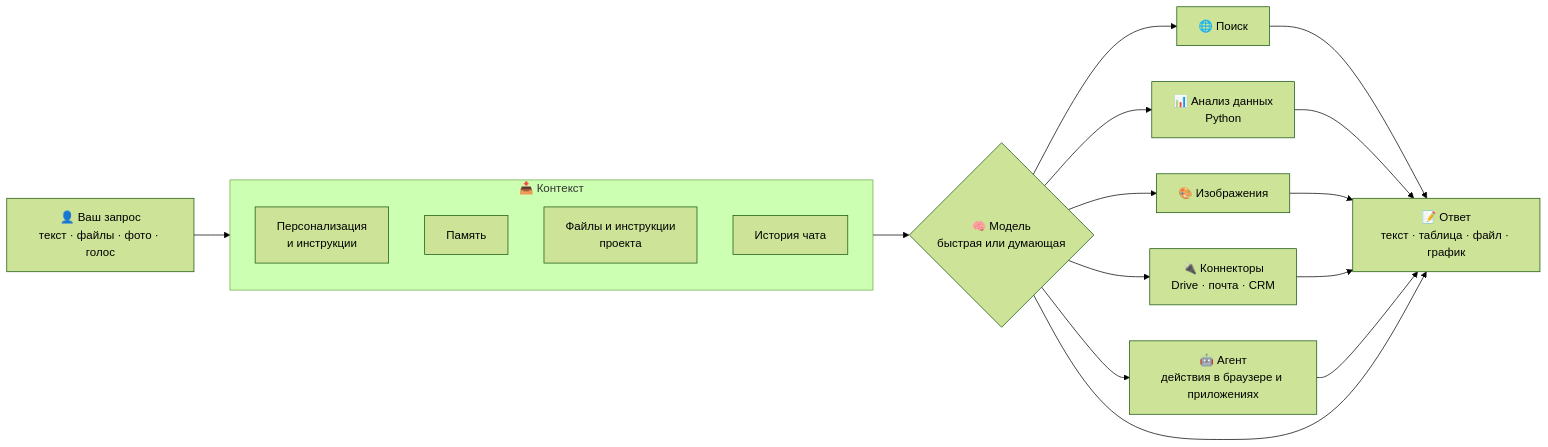
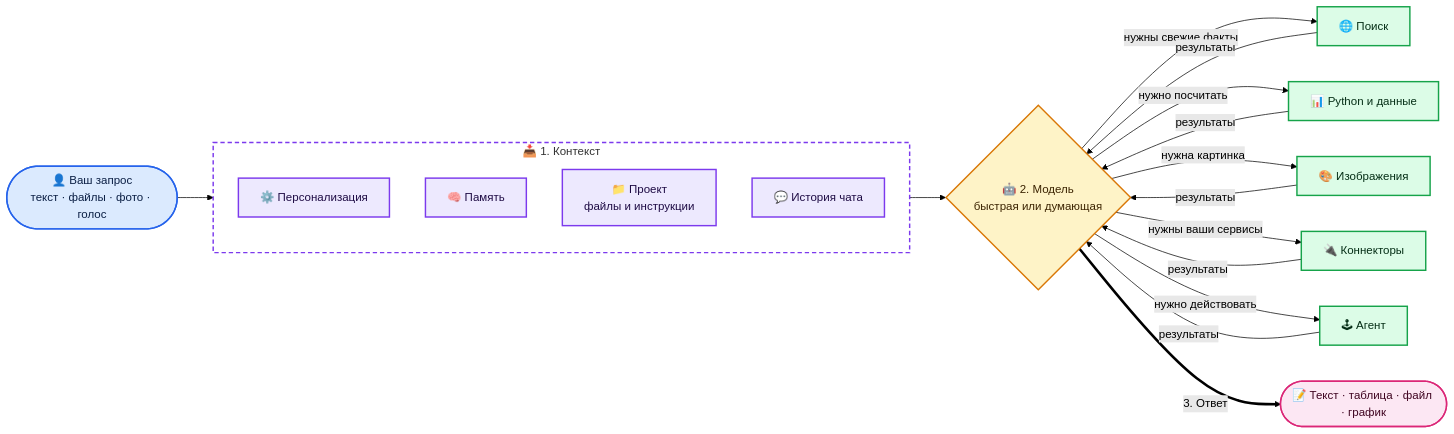
The second of 13 diagrams in README.md (justxor/ChatGPT_ru), drawn with Mermaid (forest theme) before and after one commit. The commit also changed other lines of this file, not shown here.

Commit message:
Схемы: цветовая разметка, группы и подписи; карта «Что полезного в репозитории»

````diff
--- a/README.md
+++ b/README.md
@@ -62,18 +102,26 @@
 ```mermaid
 flowchart LR
-    U["👤 Ваш запрос<br/>текст · файлы · фото · голос"] --> C
-    subgraph C["📥 Контекст"]
-        C1["Персонализация<br/>и инструкции"]
-        C2["Память"]
-        C3["Файлы и инструкции<br/>проекта"]
-        C4["История чата"]
+    U(["👤 Ваш запрос<br/>текст · файлы · фото · голос"]):::user --> C
+    subgraph C["📥 1. Контекст"]
+        direction TB
+        C1["⚙️ Персонализация"]:::ctx
+        C2["🧠 Память"]:::ctx
+        C3["📁 Проект<br/>файлы и инструкции"]:::ctx
+        C4["💬 История чата"]:::ctx
     end
-    C --> M{"🧠 Модель<br/>быстрая или думающая"}
-    M --> T1["🌐 Поиск"]
-    M --> T2["📊 Анализ данных<br/>Python"]
-    M --> T3["🎨 Изображения"]
-    M --> T4["🔌 Коннекторы<br/>Drive · почта · CRM"]
-    M --> T5["🤖 Агент<br/>действия в браузере и приложениях"]
-    T1 & T2 & T3 & T4 & T5 --> R["📝 Ответ<br/>текст · таблица · файл · график"]
-    M --> R
+    C --> M{"🤖 2. Модель<br/>быстрая или думающая"}:::model
+    M -- "нужны свежие факты" --> T1["🌐 Поиск"]:::tool
+    M -- "нужно посчитать" --> T2["📊 Python и данные"]:::tool
+    M -- "нужна картинка" --> T3["🎨 Изображения"]:::tool
+    M -- "нужны ваши сервисы" --> T4["🔌 Коннекторы"]:::tool
+    M -- "нужно действовать" --> T5["🕹 Агент"]:::tool
+    T1 & T2 & T3 & T4 & T5 -- "результаты" --> M
+    M == "3. Ответ" ==> R(["📝 Текст · таблица · файл · график"]):::out
+    style C fill:none,stroke:#7c3aed,stroke-width:2px,stroke-dasharray:6 4
+    classDef user fill:#dbeafe,stroke:#2563eb,stroke-width:2px,color:#0b1f44
+    classDef ctx fill:#ede9fe,stroke:#7c3aed,stroke-width:2px,color:#1e0b44
+    classDef model fill:#fef3c7,stroke:#d97706,stroke-width:2px,color:#3b2300
+    classDef tool fill:#dcfce7,stroke:#16a34a,stroke-width:2px,color:#052e16
+    classDef out fill:#fce7f3,stroke:#db2777,stroke-width:2px,color:#3f0420
+    classDef warn fill:#fee2e2,stroke:#dc2626,stroke-width:2px,color:#450a0a
 ```
````
